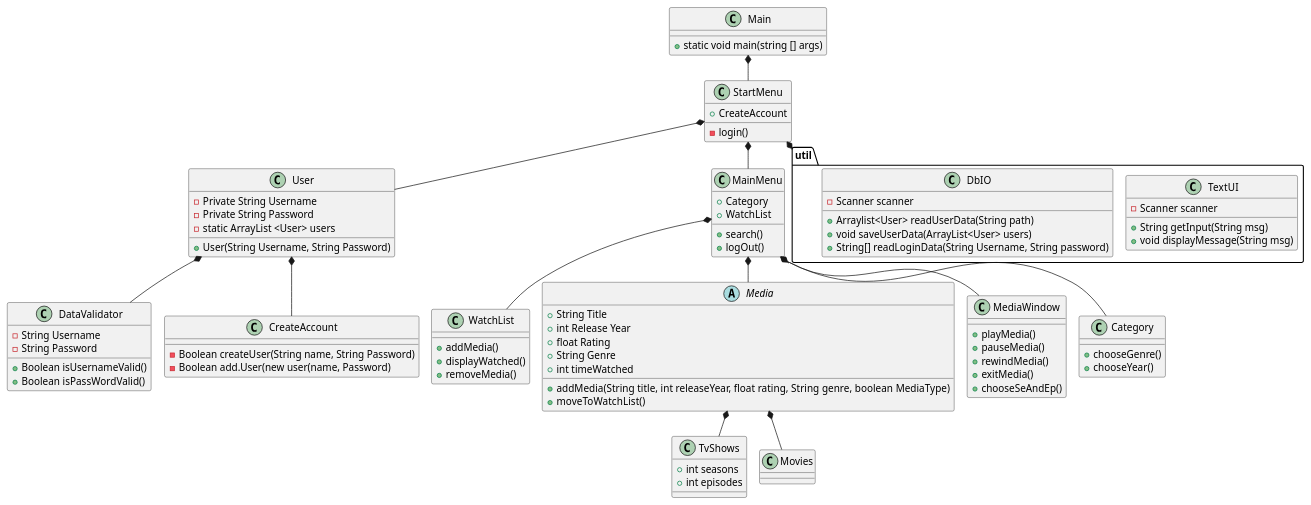
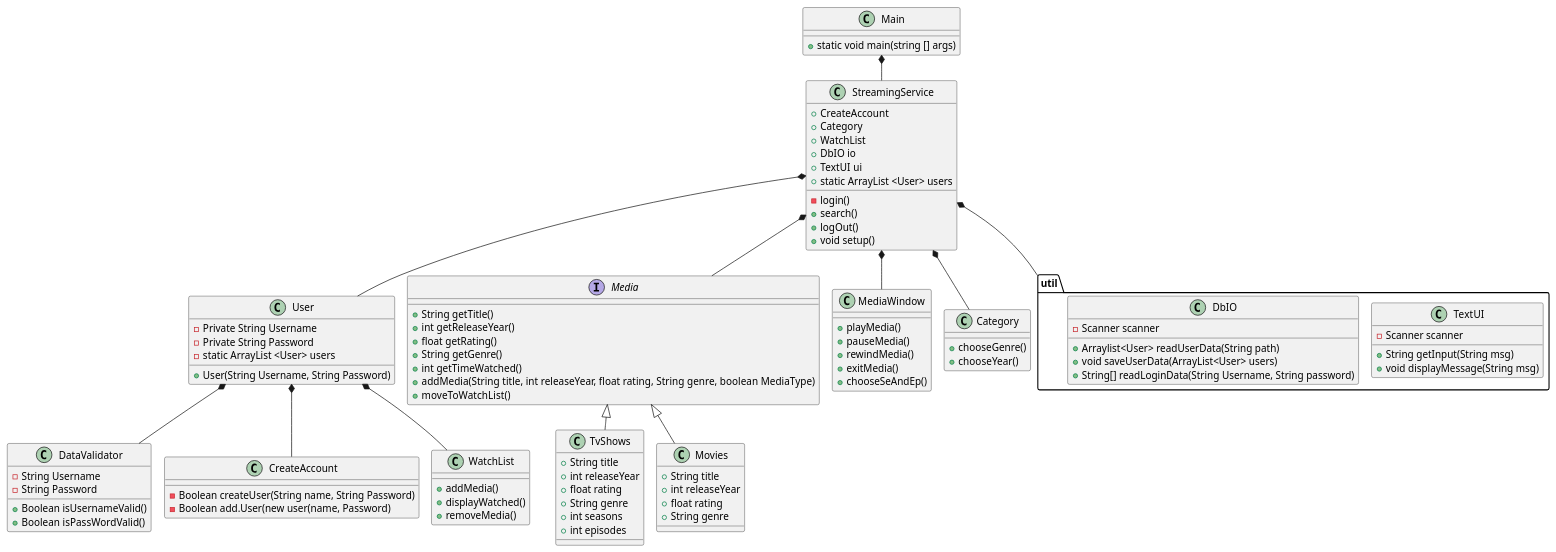
The diagram in doc/static/classdiagram.puml (PatrickPlease/SP3-Chillplease), drawn with PlantUML before and after one commit.

```diff
--- a/doc/static/classdiagram.puml
+++ b/doc/static/classdiagram.puml
@@ -1,106 +1,115 @@
 @startuml
 'Domænemodellen giver nye entity klasser
 'Pakker, model og util
 !pragma layout smetana
 
 class Main
-class StartMenu
 class User
 class DataValidator
 class CreateAccount
 class WatchList
-class MainMenu
-abstract Media
+interface Media
 class TvShows
 class Movies
 class MediaWindow
 class Category
+class StreamingService
 
 
 package "util"{
        class TextUI
        class DbIO
 }
 
-Main *-- StartMenu
-StartMenu *-- User
+Main *-- StreamingService
+StreamingService *-- User
 User *-- DataValidator
 User *-- CreateAccount
-StartMenu *-- MainMenu
-MainMenu *-- WatchList
-MainMenu *-- Media
-Media *-- Movies
-Media *-- TvShows
-MainMenu *-- MediaWindow
-StartMenu *-- util
-MainMenu *-- Category
+User *-- WatchList
+StreamingService *-- Media
+Media <|-- Movies
+Media <|-- TvShows
+StreamingService *-- MediaWindow
+StreamingService *-- util
+StreamingService *-- Category
 
 Main : + static void main(string [] args)
 
-StartMenu : + CreateAccount
+StreamingService : + CreateAccount
+StreamingService : + Category
+StreamingService : + WatchList
+StreamingService : + DbIO io
+StreamingService : + TextUI ui
+StreamingService : + static ArrayList <User> users
 '---_new-----
-StartMenu : - login()
+StreamingService : - login()
+StreamingService : + search()
+StreamingService : + logOut()
+StreamingService : + void setup()
 '-----------
 
 User : - Private String Username
 User : - Private String Password
 User : - static ArrayList <User> users
 '---_new-----
 User : + User(String Username, String Password)
 
 '-----------
 DataValidator : - String Username
 DataValidator : - String Password
 '---_new-----
 DataValidator : + Boolean isUsernameValid()
 DataValidator : + Boolean isPassWordValid()
 '-----------
 
 CreateAccount : - Boolean createUser(String name, String Password)
 CreateAccount : - Boolean add.User(new user(name, Password)
 
 WatchList : + addMedia()
 WatchList : + displayWatched()
 WatchList : + removeMedia()
 
-MainMenu : + Category
-MainMenu : + WatchList
-'---_new-----
-MainMenu : + search()
-MainMenu : + logOut()
-'-----------
 
-Media : + String Title
-Media : + int Release Year
-Media : + float Rating
-Media : + String Genre
-Media : + int timeWatched
+Media : + String getTitle()
+Media : + int getReleaseYear()
+Media : + float getRating()
+Media : + String getGenre()
+Media : + int getTimeWatched()
 '---_new-----
 Media : + addMedia(String title, int releaseYear, float rating, String genre, boolean MediaType)
 Media : + moveToWatchList()
 '-----------
 
+TvShows : + String title
+TvShows : + int releaseYear
+TvShows : + float rating
+TvShows : + String genre
 TvShows : + int seasons
 TvShows : + int episodes
+
+Movies : + String title
+Movies : + int releaseYear
+Movies : + float rating
+Movies : + String genre
 
 MediaWindow : + playMedia()
 MediaWindow : + pauseMedia()
 MediaWindow : + rewindMedia()
 MediaWindow : + exitMedia()
 MediaWindow : + chooseSeAndEp()
 
 Category : + chooseGenre()
 Category : + chooseYear()
 
 DbIO : - Scanner scanner
 '---_new-----
 DbIO : + Arraylist<User> readUserData(String path)
 DbIO : + void saveUserData(ArrayList<User> users)
 DbIO : + String[] readLoginData(String Username, String password)
 '-----------
 
 TextUI : + String getInput(String msg)
 TextUI : - Scanner scanner
 TextUI : + void displayMessage(String msg)
 
 @enduml
```
